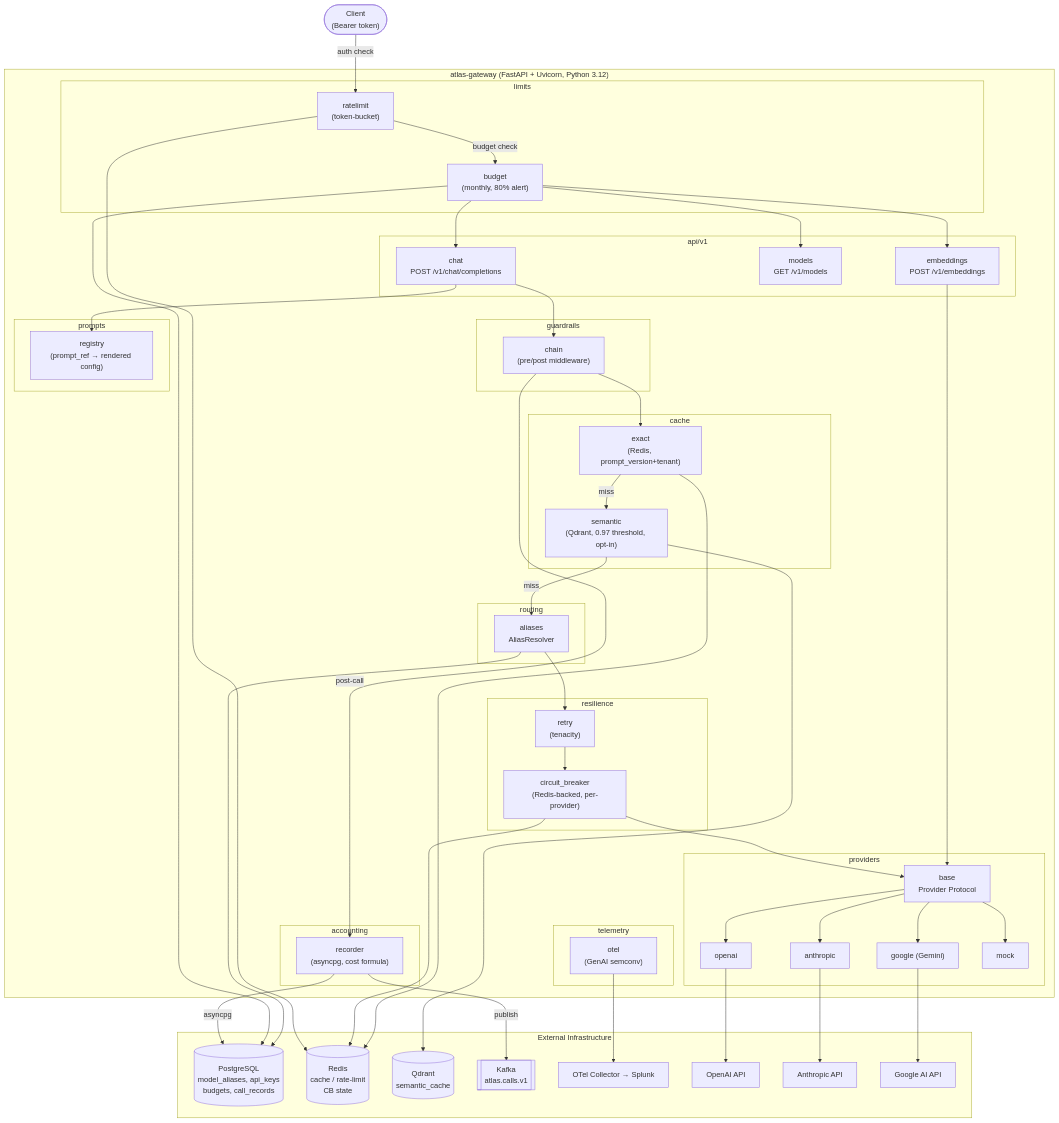
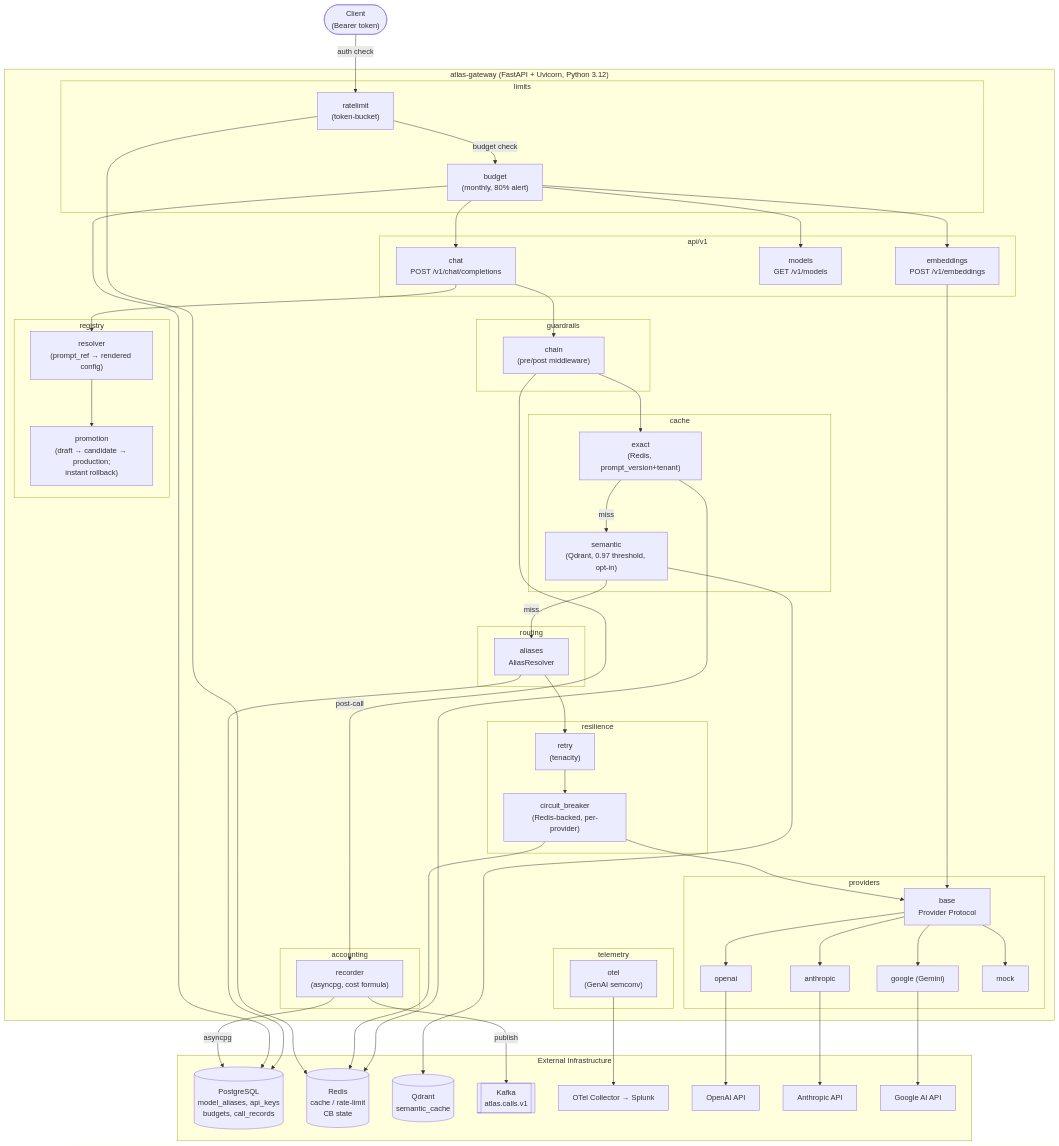
Before and after one commit to bragabruno/atlas-gateway: the diagram in docs/diagrams/component-c4.md, drawn with Mermaid. The commit also changed 7 other files, not shown here.

First line of the commit message:
feat: injection classifier (GRD-5) + per-check OTel metrics (GRD-11) + PII NER (GRD-3) + diagram sync

```diff
--- a/docs/diagrams/component-c4.md
+++ b/docs/diagrams/component-c4.md
@@ -52,8 +52,9 @@
             OTEL["otel\n(GenAI semconv)"]
         end
 
-        subgraph prompts["prompts"]
-            PRG["registry\n(prompt_ref → rendered config)"]
+        subgraph registry["registry"]
+            RES["resolver\n(prompt_ref → rendered config)"]
+            PROM["promotion\n(draft → candidate → production;\ninstant rollback)"]
         end
     end
 
@@ -86,7 +87,8 @@
     BASE --> GOO
     BASE --> MOCK
 
-    CHAT --> PRG
+    CHAT --> RES
+    RES --> PROM
     EMBED --> BASE
 
     GC -->|"post-call"| REC
```
